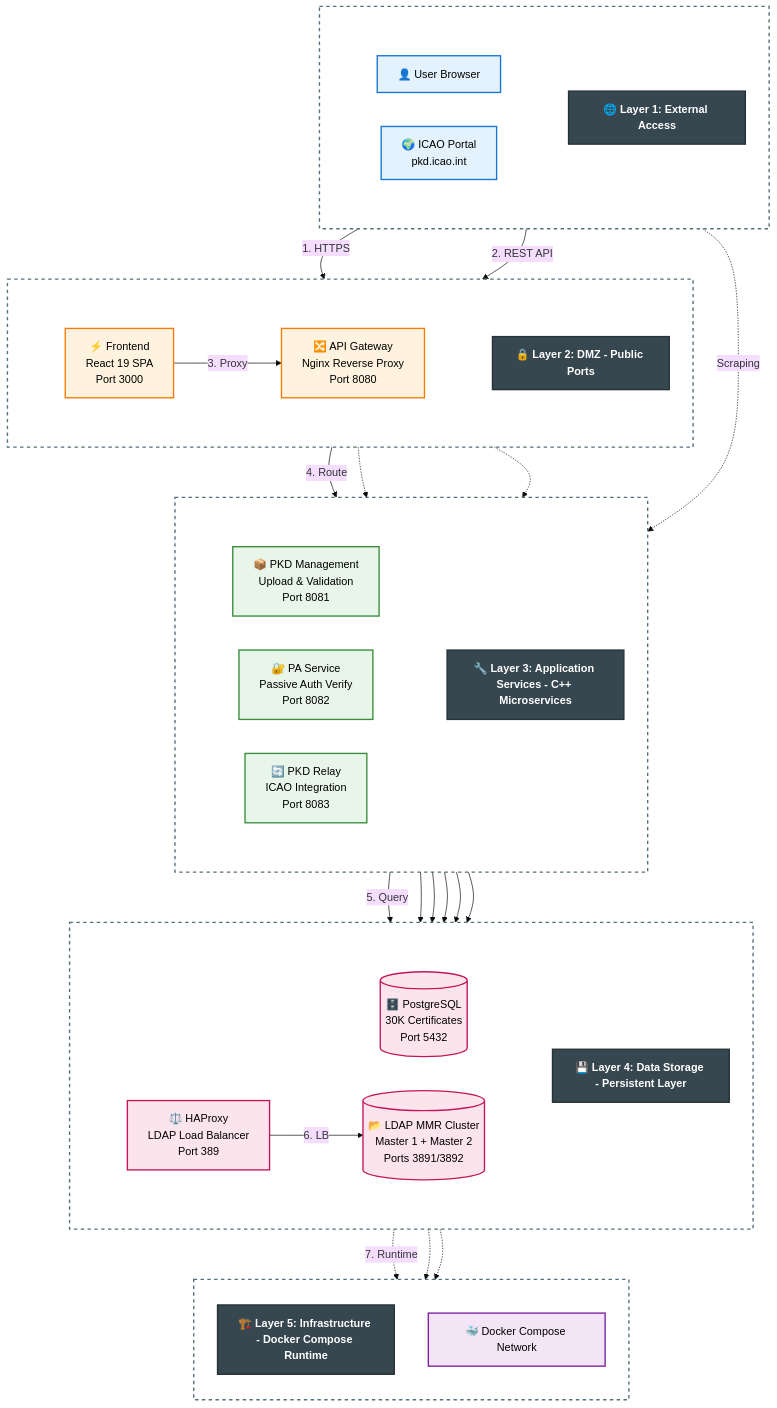
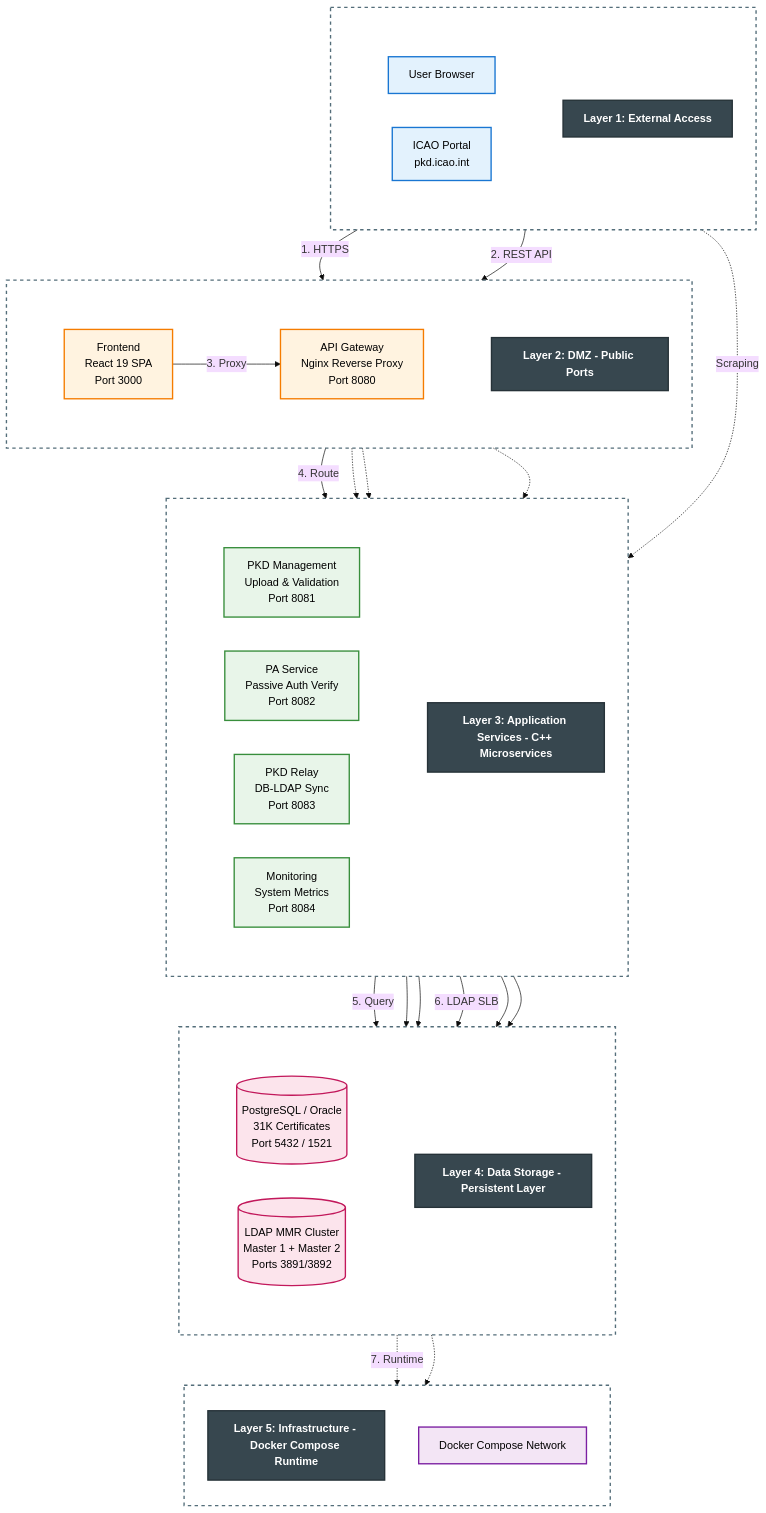
Before and after one commit to iland112/icao-local-pkd-cpp: the first of 16 diagrams in docs/SOFTWARE_ARCHITECTURE.md, drawn with Mermaid (base theme). The commit also changed other lines of this file and 7 other files, not shown here.

First line of the commit message:
docs: Update all documentation to v2.11.0 — architecture rewrite, security audit resolution, version sync

````diff
--- a/docs/SOFTWARE_ARCHITECTURE.md
+++ b/docs/SOFTWARE_ARCHITECTURE.md
@@ -45,57 +46,57 @@
     %% Layer 1: External Access
     subgraph L1[" "]
         direction TB
-        L1Title["🌐 Layer 1: External Access"]
+        L1Title["Layer 1: External Access"]
         subgraph L1Nodes[" "]
             direction LR
-            User["👤 User Browser"]
-            ICAOPortal["🌍 ICAO Portal<br/>pkd.icao.int"]
+            User["User Browser"]
+            ICAOPortal["ICAO Portal<br/>pkd.icao.int"]
         end
     end
 
     %% Layer 2: DMZ
     subgraph L2[" "]
         direction TB
-        L2Title["🔒 Layer 2: DMZ - Public Ports"]
+        L2Title["Layer 2: DMZ - Public Ports"]
         subgraph L2Nodes[" "]
             direction LR
-            Frontend["⚡ Frontend<br/>React 19 SPA<br/>Port 3000"]
-            APIGateway["🔀 API Gateway<br/>Nginx Reverse Proxy<br/>Port 8080"]
+            Frontend["Frontend<br/>React 19 SPA<br/>Port 3000"]
+            APIGateway["API Gateway<br/>Nginx Reverse Proxy<br/>Port 8080"]
         end
     end
 
     %% Layer 3: Application Services
     subgraph L3[" "]
         direction TB
-        L3Title["🔧 Layer 3: Application Services - C++ Microservices"]
+        L3Title["Layer 3: Application Services - C++ Microservices"]
         subgraph L3Nodes[" "]
             direction LR
-            PKD["📦 PKD Management<br/>Upload & Validation<br/>Port 8081"]
-            PA["🔐 PA Service<br/>Passive Auth Verify<br/>Port 8082"]
-            Relay["🔄 PKD Relay<br/>ICAO Integration<br/>Port 8083"]
+            PKD["PKD Management<br/>Upload & Validation<br/>Port 8081"]
+            PA["PA Service<br/>Passive Auth Verify<br/>Port 8082"]
+            Relay["PKD Relay<br/>DB-LDAP Sync<br/>Port 8083"]
+            Monitoring["Monitoring<br/>System Metrics<br/>Port 8084"]
         end
     end
 
     %% Layer 4: Data Storage
     subgraph L4[" "]
         direction TB
-        L4Title["💾 Layer 4: Data Storage - Persistent Layer"]
+        L4Title["Layer 4: Data Storage - Persistent Layer"]
         subgraph L4Nodes[" "]
             direction LR
-            PostgreSQL[("🗄️ PostgreSQL<br/>30K Certificates<br/>Port 5432")]
-            HAProxy["⚖️ HAProxy<br/>LDAP Load Balancer<br/>Port 389"]
-            LDAPCluster[("📂 LDAP MMR Cluster<br/>Master 1 + Master 2<br/>Ports 3891/3892")]
+            DB[("PostgreSQL / Oracle<br/>31K Certificates<br/>Port 5432 / 1521")]
+            LDAPCluster[("LDAP MMR Cluster<br/>Master 1 + Master 2<br/>Ports 3891/3892")]
         end
     end
 
     %% Layer 5: Infrastructure
     subgraph L5[" "]
         direction TB
-        L5Title["🏗️ Layer 5: Infrastructure - Docker Compose Runtime"]
-        Docker["🐳 Docker Compose Network"]
+        L5Title["Layer 5: Infrastructure - Docker Compose Runtime"]
+        Docker["Docker Compose Network"]
     end
 
-    %% Vertical connections - Layer by layer
+    %% Vertical connections
     User -->|1. HTTPS| Frontend
     User -->|2. REST API| APIGateway
 
@@ -104,28 +105,25 @@
     APIGateway -->|4. Route| PKD
     APIGateway -.-> PA
     APIGateway -.-> Relay
+    APIGateway -.-> Monitoring
 
-    PKD -->|5. Query| PostgreSQL
-    PA --> PostgreSQL
-    Relay --> PostgreSQL
+    PKD -->|5. Query| DB
+    PA --> DB
+    Relay --> DB
 
-    PKD --> HAProxy
-    PA --> HAProxy
-    Relay --> HAProxy
+    PKD -->|6. LDAP SLB| LDAPCluster
+    PA --> LDAPCluster
+    Relay --> LDAPCluster
 
-    HAProxy -->|6. LB| LDAPCluster
-
-    PostgreSQL -.->|7. Runtime| Docker
-    HAProxy -.-> Docker
+    DB -.->|7. Runtime| Docker
     LDAPCluster -.-> Docker
 
     ICAOPortal -.->|Scraping| Relay
 
-    %% Styling - Titles
+    %% Styling
     classDef titleStyle fill:#37474F,stroke:#263238,stroke-width:2px,color:#fff,font-weight:bold
     class L1Title,L2Title,L3Title,L4Title,L5Title titleStyle
 
-    %% Styling - Nodes
     classDef external fill:#E3F2FD,stroke:#1976D2,stroke-width:2px,color:#000
     classDef dmz fill:#FFF3E0,stroke:#F57C00,stroke-width:2px,color:#000
     classDef app fill:#E8F5E9,stroke:#388E3C,stroke-width:2px,color:#000
@@ -134,15 +132,13 @@
 
     class User,ICAOPortal external
     class Frontend,APIGateway dmz
-    class PKD,PA,Relay app
-    class PostgreSQL,HAProxy,LDAPCluster data
+    class PKD,PA,Relay,Monitoring app
+    class DB,LDAPCluster data
     class Docker infra
 
-    %% Styling - Containers (transparent borders)
     classDef containerStyle fill:none,stroke:#546E7A,stroke-width:2px,stroke-dasharray:5 5
     class L1,L2,L3,L4,L5 containerStyle
 
-    %% Styling - Node containers (invisible)
     classDef nodeContainer fill:none,stroke:none
     class L1Nodes,L2Nodes,L3Nodes,L4Nodes nodeContainer
 ```
````
